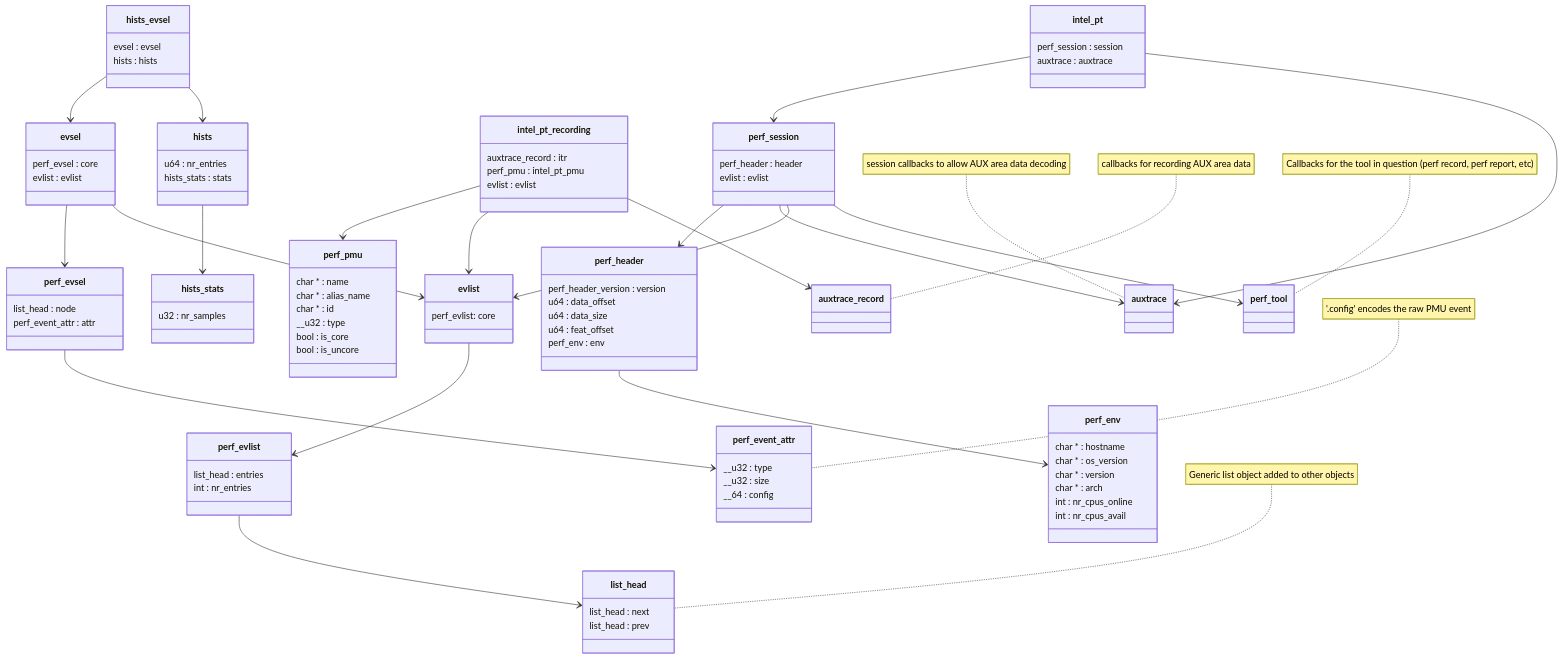
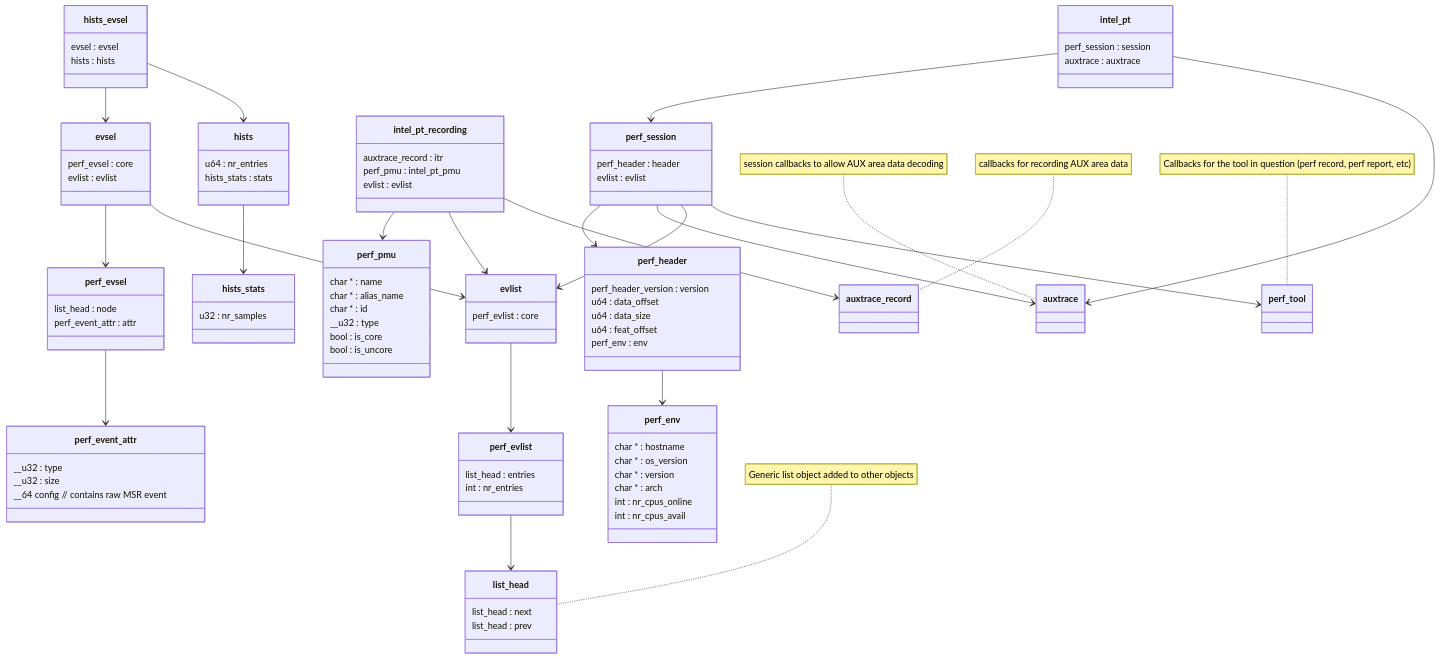
The diagram in mermaid-classes-2.md (jamesodhunt/foo), drawn with Mermaid before and after one commit.

```diff
--- a/mermaid-classes-2.md
+++ b/mermaid-classes-2.md
@@ -2,7 +2,7 @@
 
 classDiagram
     class evlist {
-      perf_evlist: core
+      perf_evlist : core
     }
 
     class evsel {
@@ -23,9 +23,8 @@
     class perf_event_attr {
       __u32 : type
       __u32 : size
-      __64 : config
+      __64 config // contains raw MSR event
     }
-    note for perf_event_attr "'.config' encodes the raw PMU event"
 
     class perf_event_attr
 
```
